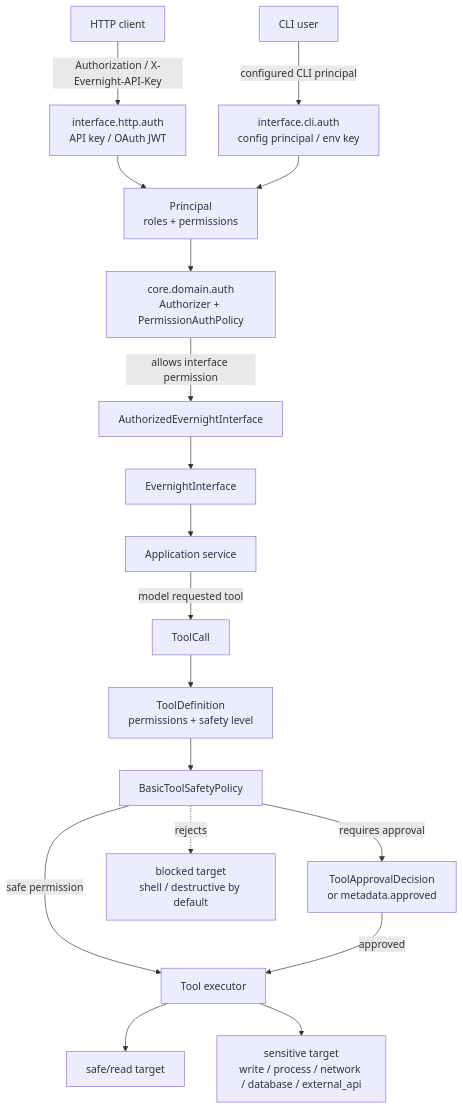
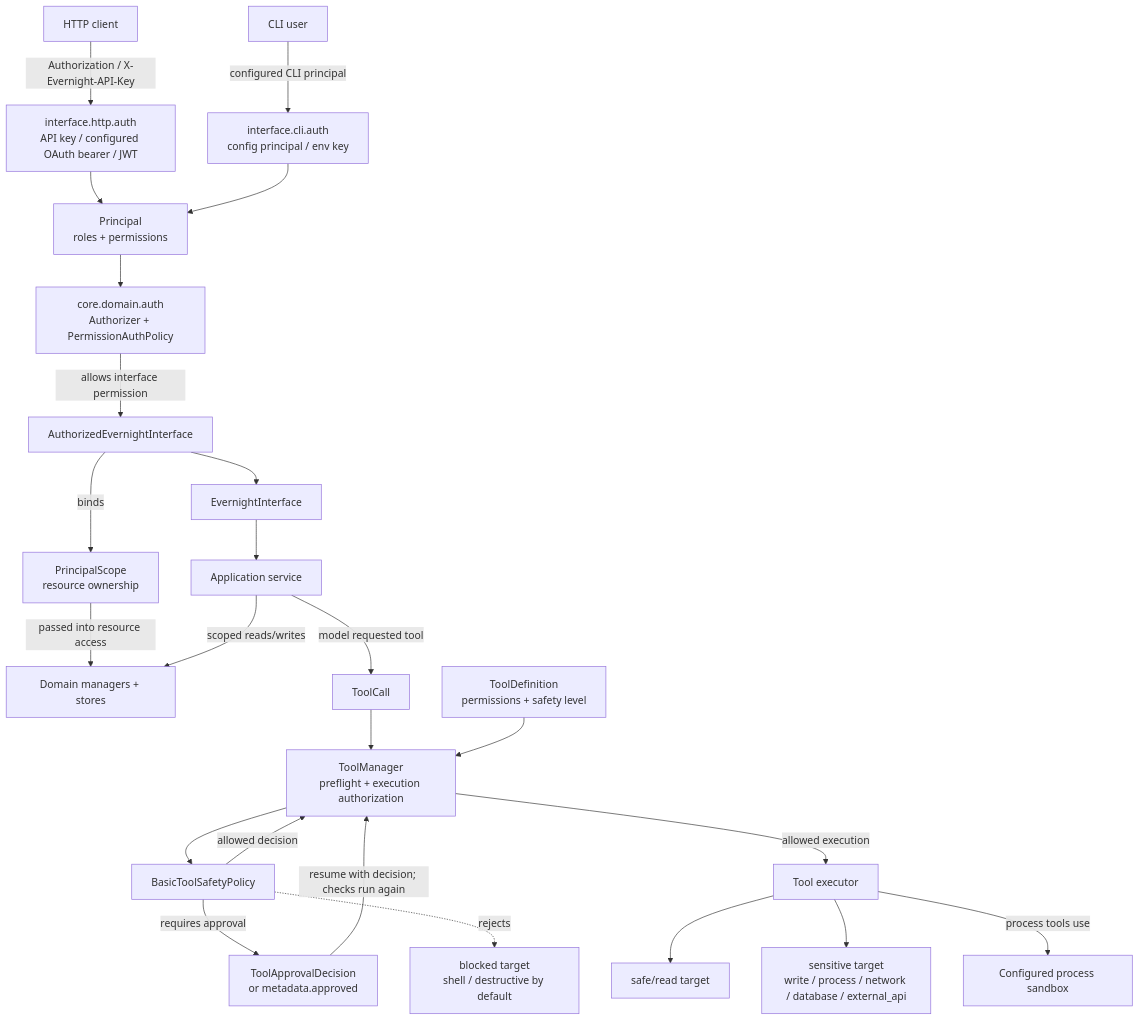
One commit to Evernight275/EvernightAI changed the fifth of 8 diagrams in docs/architecture-diagrams.md. Above: the diagram before and after it, drawn with Mermaid. The commit also changed other lines of this file and 1 other file, not shown here.

Commit message:
docs: align architecture documentation with runtime implementation

````diff
--- a/docs/architecture-diagrams.md
+++ b/docs/architecture-diagrams.md
@@ -257,44 +332,54 @@
 ```mermaid
 flowchart TD
     HTTPClient["HTTP client"]
     CLIUser["CLI user"]
 
-    HTTPAuth["interface.http.auth<br/>API key / OAuth JWT"]
+    HTTPAuth["interface.http.auth<br/>API key / configured OAuth bearer / JWT"]
     CLIAuth["interface.cli.auth<br/>config principal / env key"]
     Principal["Principal<br/>roles + permissions"]
     Authorizer["core.domain.auth<br/>Authorizer + PermissionAuthPolicy"]
     AuthorizedInterface["AuthorizedEvernightInterface"]
+    Scope["PrincipalScope<br/>resource ownership"]
+    Stores["Domain managers + stores"]
     Interface["EvernightInterface"]
 
     App["Application service"]
     ToolCall["ToolCall"]
     ToolDefinition["ToolDefinition<br/>permissions + safety level"]
     ToolPolicy["BasicToolSafetyPolicy"]
+    ToolManager["ToolManager<br/>preflight + execution authorization"]
     Approval["ToolApprovalDecision<br/>or metadata.approved"]
     Executor["Tool executor"]
+    Sandbox["Configured process sandbox"]
 
     SafeTarget["safe/read target"]
     SensitiveTarget["sensitive target<br/>write / process / network / database / external_api"]
     BlockedTarget["blocked target<br/>shell / destructive by default"]
 
     HTTPClient -- "Authorization / X-Evernight-API-Key" --> HTTPAuth
     CLIUser -- "configured CLI principal" --> CLIAuth
     HTTPAuth --> Principal
     CLIAuth --> Principal
     Principal --> Authorizer
     Authorizer -- "allows interface permission" --> AuthorizedInterface
     AuthorizedInterface --> Interface
+    AuthorizedInterface -- "binds" --> Scope
+    Scope -- "passed into resource access" --> Stores
     Interface --> App
+    App -- "scoped reads/writes" --> Stores
 
     App -- "model requested tool" --> ToolCall
-    ToolCall --> ToolDefinition
-    ToolDefinition --> ToolPolicy
+    ToolCall --> ToolManager
+    ToolDefinition --> ToolManager
+    ToolManager --> ToolPolicy
 
-    ToolPolicy -- "safe permission" --> Executor
+    ToolPolicy -- "allowed decision" --> ToolManager
     ToolPolicy -- "requires approval" --> Approval
-    Approval -- "approved" --> Executor
+    Approval -- "resume with decision; checks run again" --> ToolManager
+    ToolManager -- "allowed execution" --> Executor
     ToolPolicy -. "rejects" .-> BlockedTarget
 
     Executor --> SafeTarget
     Executor --> SensitiveTarget
+    Executor -- "process tools use" --> Sandbox
 ```
````
